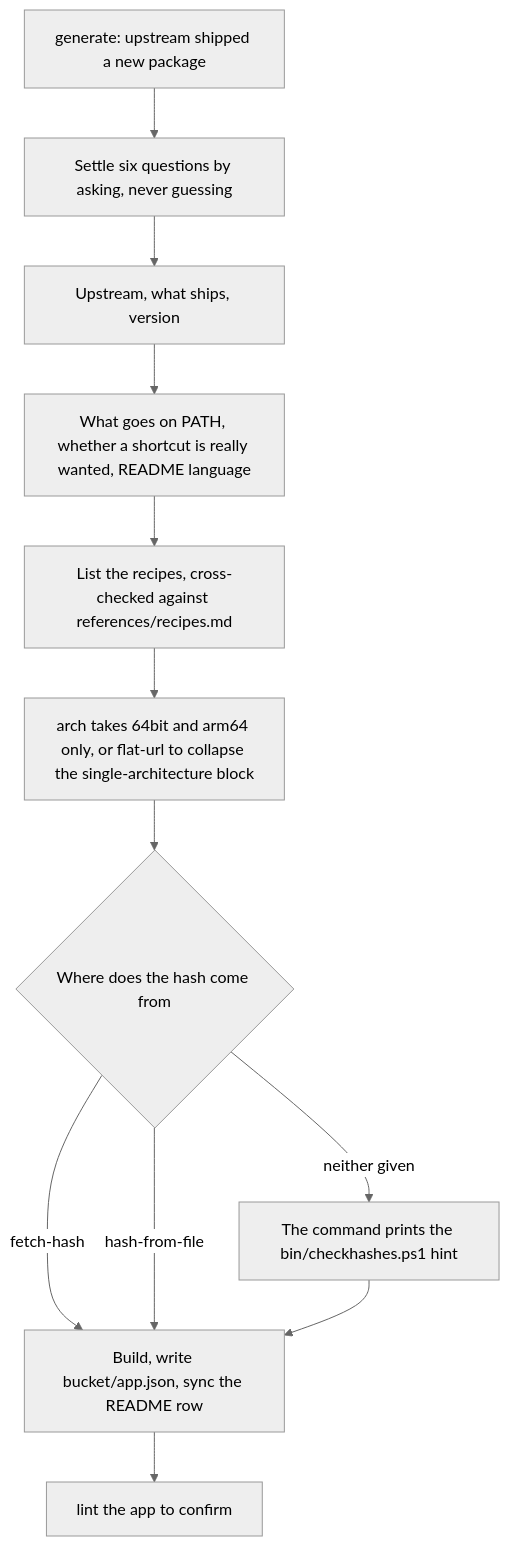
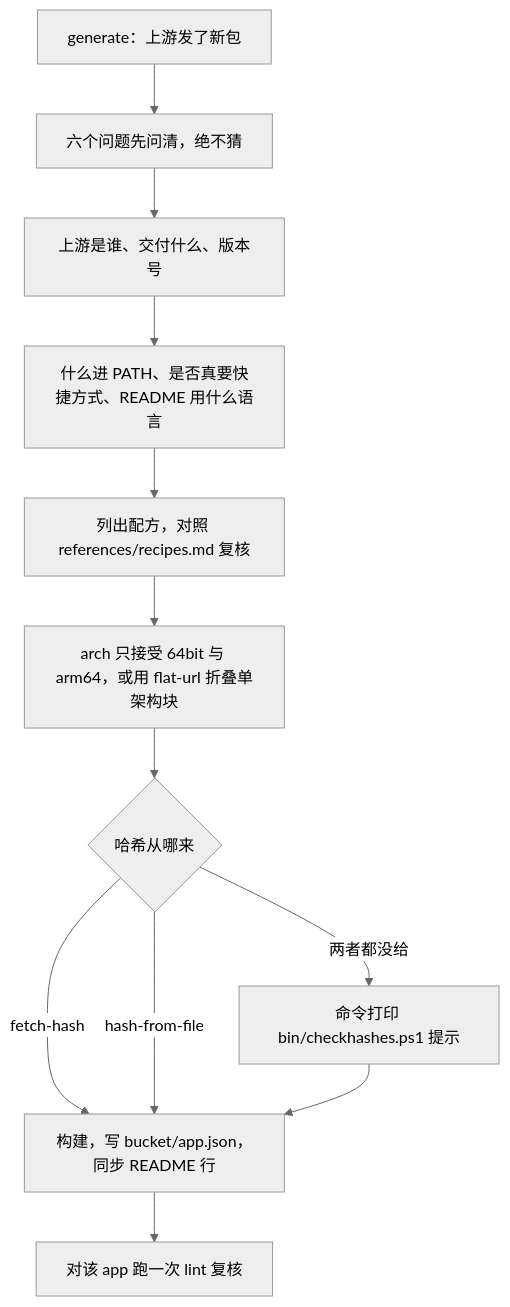
One commit to HHSTU-IST/skills changed the eighth of 10 diagrams in README.md. Above: the diagram before and after it, drawn with Mermaid (neutral theme). The commit also changed other lines of this file and 2 other files, not shown here.

````diff
--- a/README.md
+++ b/README.md
@@ -528,14 +528,14 @@
 ```mermaid
 flowchart TD
-    A["generate: upstream shipped a new package"] --> Q["Settle six questions by asking, never guessing"]
-    Q --> Q1["Upstream, what ships, version"]
-    Q1 --> Q2["What goes on PATH, whether a shortcut is really wanted, README language"]
-    Q2 --> R["List the recipes, cross-checked against references/recipes.md"]
-    R --> AR["arch takes 64bit and arm64 only, or flat-url to collapse the single-architecture block"]
-    AR --> HS{"Where does the hash come from"}
-    HS -->|fetch-hash| B["Build, write bucket/app.json, sync the README row"]
+    A["generate：上游发了新包"] --> Q["六个问题先问清，绝不猜"]
+    Q --> Q1["上游是谁、交付什么、版本号"]
+    Q1 --> Q2["什么进 PATH、是否真要快捷方式、README 用什么语言"]
+    Q2 --> R["列出配方，对照 references/recipes.md 复核"]
+    R --> AR["arch 只接受 64bit 与 arm64，或用 flat-url 折叠单架构块"]
+    AR --> HS{"哈希从哪来"}
+    HS -->|fetch-hash| B["构建，写 bucket/app.json，同步 README 行"]
     HS -->|hash-from-file| B
-    HS -->|neither given| HINT["The command prints the bin/checkhashes.ps1 hint"]
+    HS -->|两者都没给| HINT["命令打印 bin/checkhashes.ps1 提示"]
     HINT --> B
-    B --> L["lint the app to confirm"]
+    B --> L["对该 app 跑一次 lint 复核"]
 ```
````
